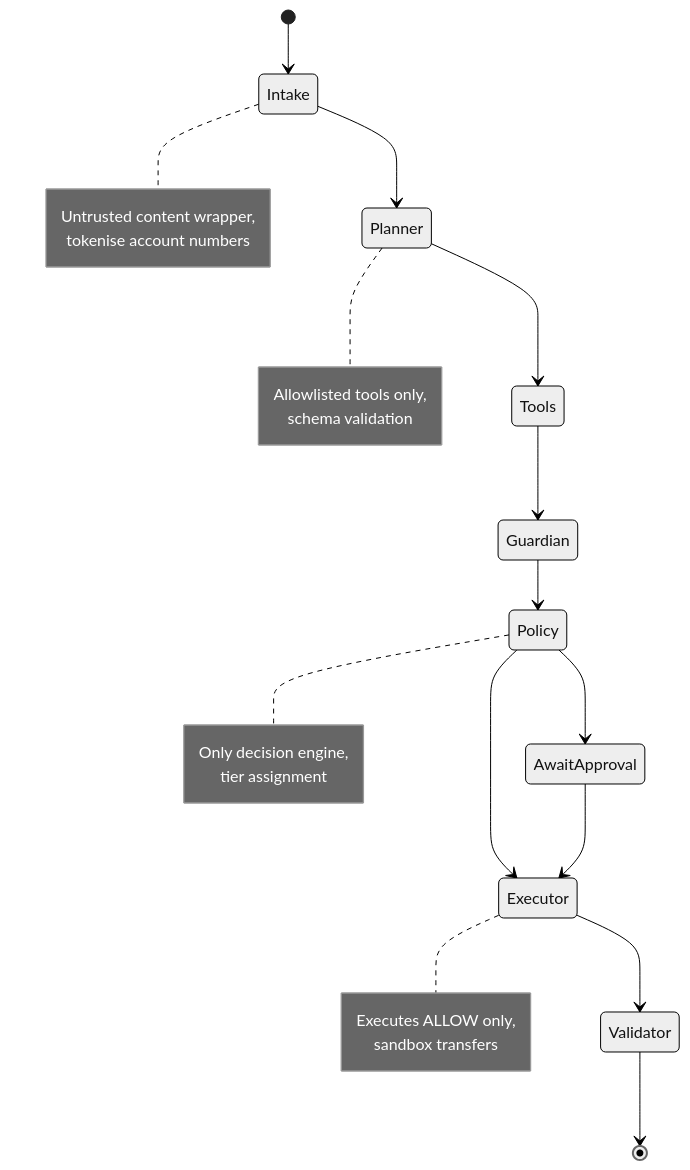
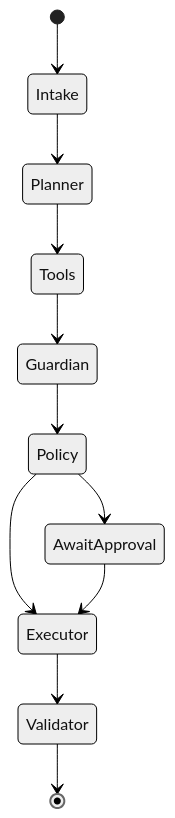
The diagram in docs/ARCHITECTURE_TS.md (Zul-Qarnain/setu-fintechathon), drawn with Mermaid (neutral theme) before and after one commit. The commit also changed other lines of this file and 160 other files, not shown here.

````diff
--- a/docs/ARCHITECTURE_TS.md
+++ b/docs/ARCHITECTURE_TS.md
@@ -375,30 +55,13 @@
 ```mermaid
 stateDiagram-v2
     [*] --> Intake
     Intake --> Planner
     Planner --> Tools
     Tools --> Guardian
     Guardian --> Policy
     Policy --> Executor
     Policy --> AwaitApproval
     Executor --> Validator
     AwaitApproval --> Executor
     Validator --> [*]
-
-    note right of Intake
-        Untrusted content wrapper,
-        tokenise account numbers
-    end note
-    note right of Planner
-        Allowlisted tools only,
-        schema validation
-    end note
-    note right of Policy
-        Only decision engine,
-        tier assignment
-    end note
-    note right of Executor
-        Executes ALLOW only,
-        sandbox transfers
-    end note
 ```
````
